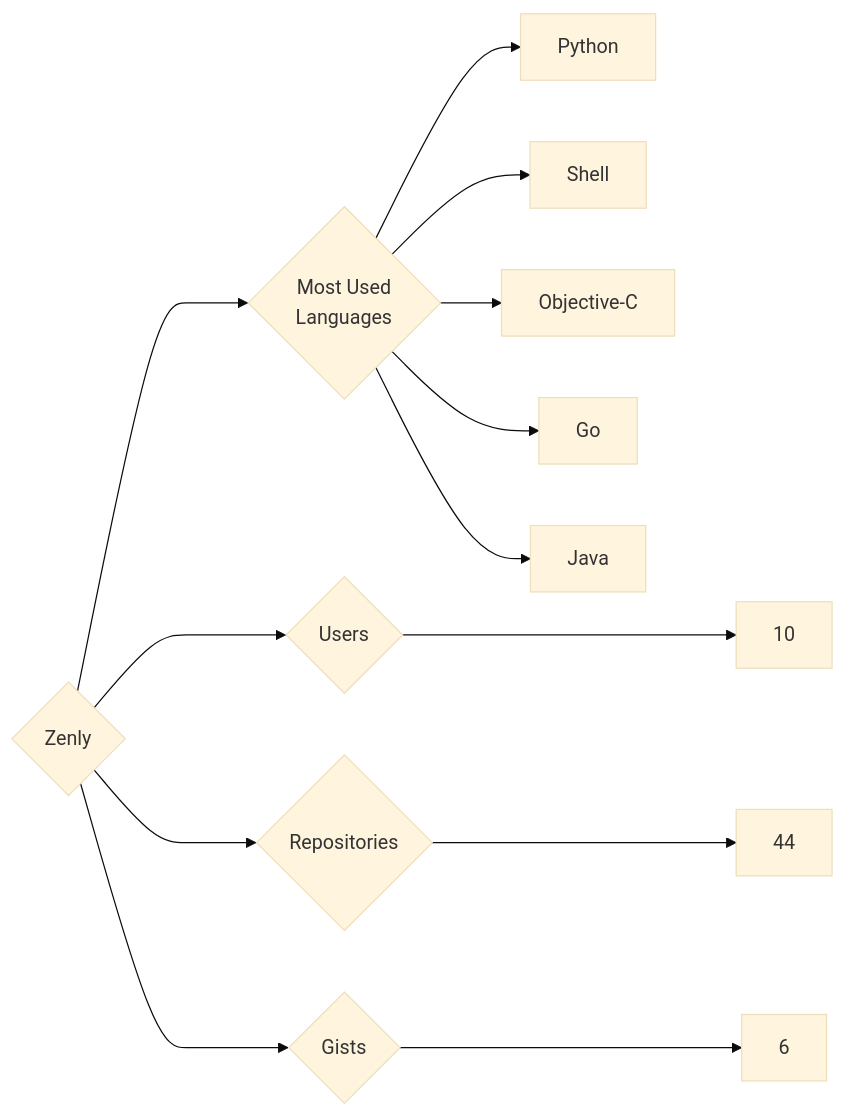
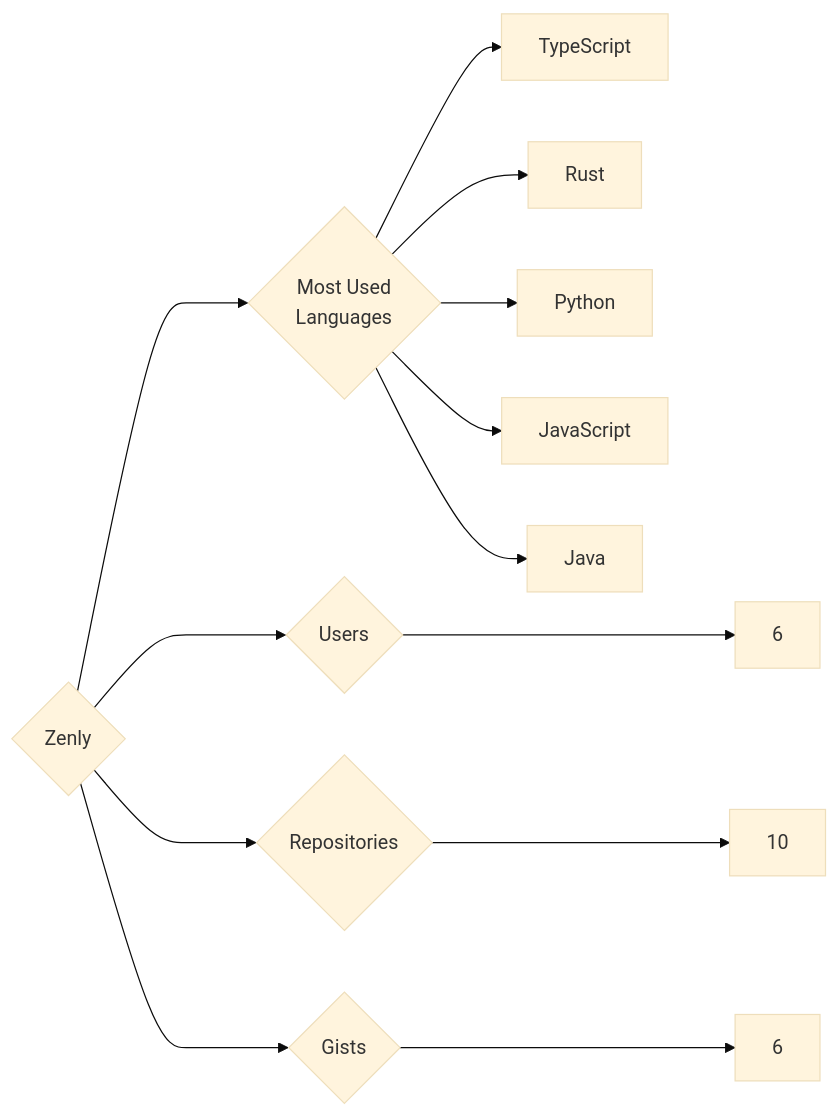
One commit to trickest/insiders changed the diagram in targets/Zenly/README.md. Above: the diagram before and after it, drawn with Mermaid (base theme). The commit also changed 939 other files, not shown here.

````diff
--- a/targets/Zenly/README.md
+++ b/targets/Zenly/README.md
@@ -3,13 +3,13 @@
 ```mermaid
 graph LR
 COMPANY_NAME{Zenly}
-COMPANY_NAME ---> U{Users} ---> UN[10]
-COMPANY_NAME ---> R{Repositories} ---> RN[44]
+COMPANY_NAME ---> U{Users} ---> UN[6]
+COMPANY_NAME ---> R{Repositories} ---> RN[10]
 COMPANY_NAME ---> G{Gists} ---> GN[6]
 COMPANY_NAME ---> ML{Most Used<br>Languages}
+ML --> TypeScript[TypeScript]
+ML --> Rust[Rust]
 ML --> Python[Python]
-ML --> Shell[Shell]
-ML --> Objective-C[Objective-C]
-ML --> Go[Go]
+ML --> JavaScript[JavaScript]
 ML --> Java[Java]
 ```
````
